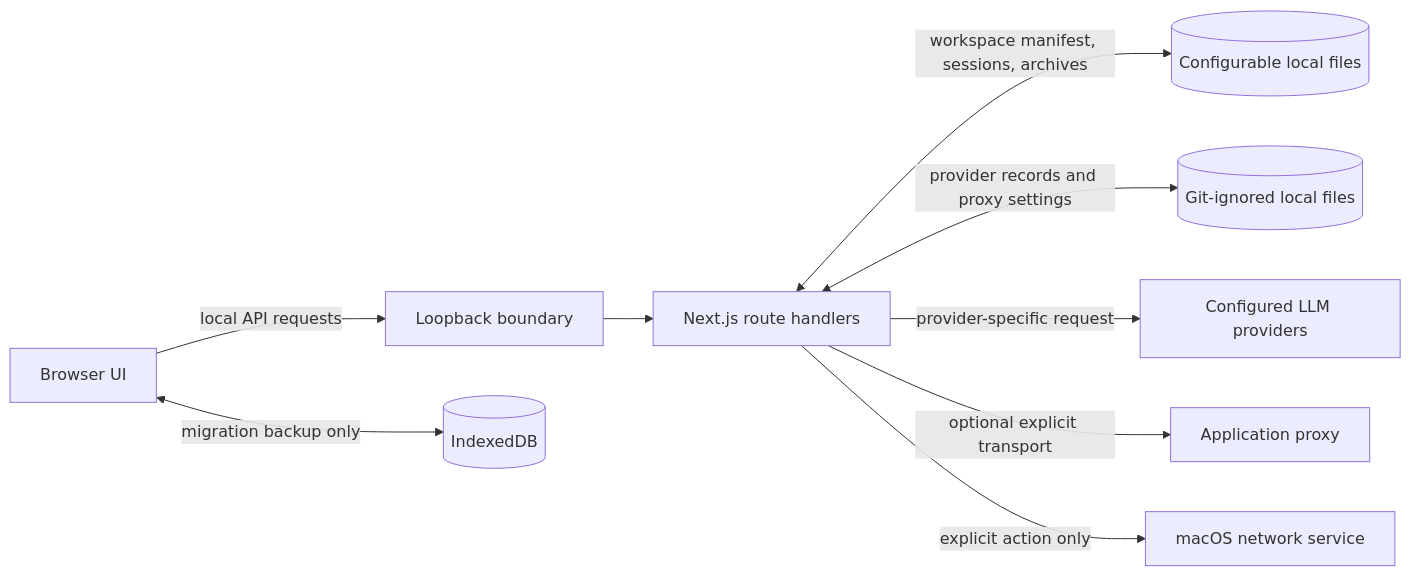
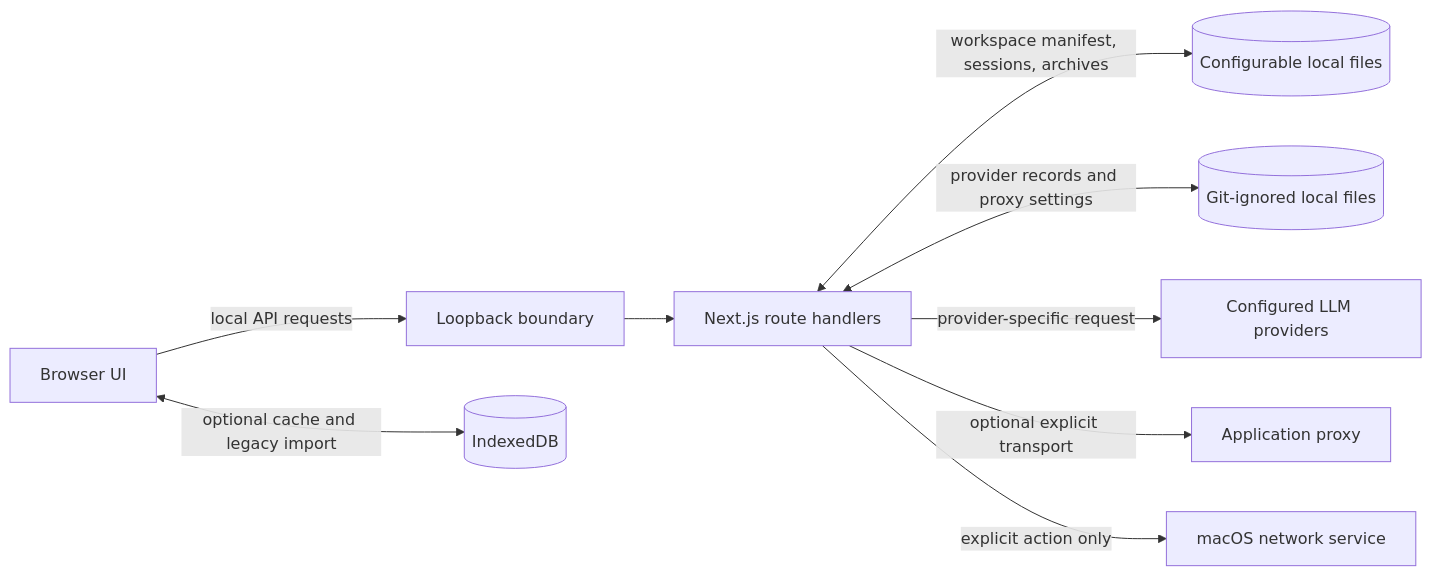
Before and after one commit to vimalanandans/ai-chat: the first of 2 diagrams in docs/ARCHITECTURE.md, drawn with Mermaid. The commit also changed other lines of this file and 11 other files, not shown here.

````diff
--- a/docs/ARCHITECTURE.md
+++ b/docs/ARCHITECTURE.md
@@ -7,11 +7,11 @@
 ```mermaid
 flowchart LR
   Browser[Browser UI] -->|local API requests| Guard[Loopback boundary]
-  Browser <-->|migration backup only| IDB[(IndexedDB)]
+  Browser <-->|optional cache and legacy import| IDB[(IndexedDB)]
   Guard --> Routes[Next.js route handlers]
   Routes <-->|workspace manifest, sessions, archives| Workspace[(Configurable local files)]
   Routes <-->|provider records and proxy settings| Local[(Git-ignored local files)]
   Routes -->|provider-specific request| Providers[Configured LLM providers]
   Routes -->|optional explicit transport| AppProxy[Application proxy]
   Routes -->|explicit action only| System[macOS network service]
 ```
````
